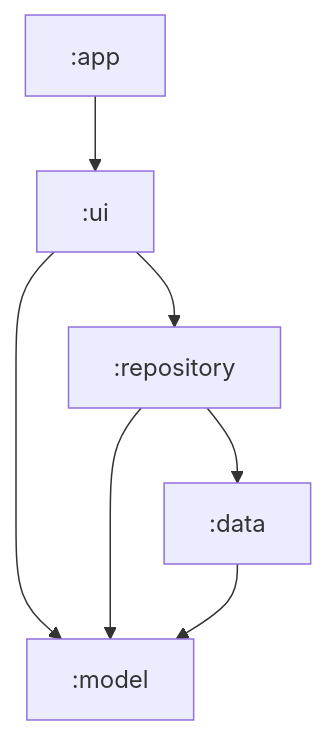
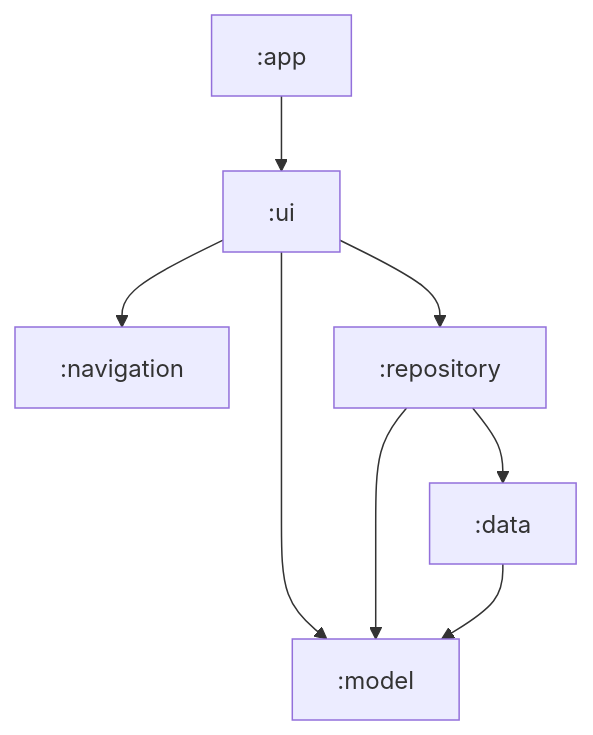
One commit to NUmeroAndDev/DagashiApp-android changed the diagram in README.md. Above: the diagram before and after it, drawn with Mermaid.

````diff
--- a/README.md
+++ b/README.md
@@ -11,9 +11,10 @@
 ```mermaid
   graph TD;
       :app-->:ui;
+      :ui-->:navigation;
       :ui-->:repository;
       :ui-->:model;
       :repository-->:model;
       :repository-->:data;
       :data-->:model;
 ```
````
